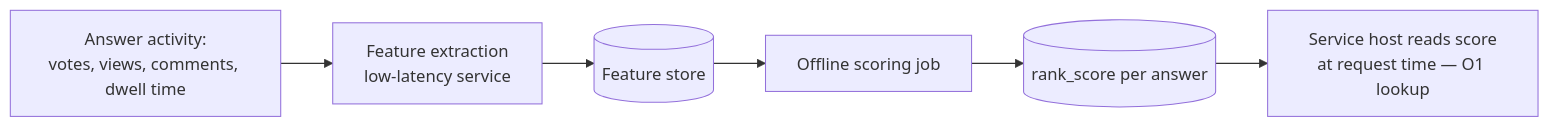
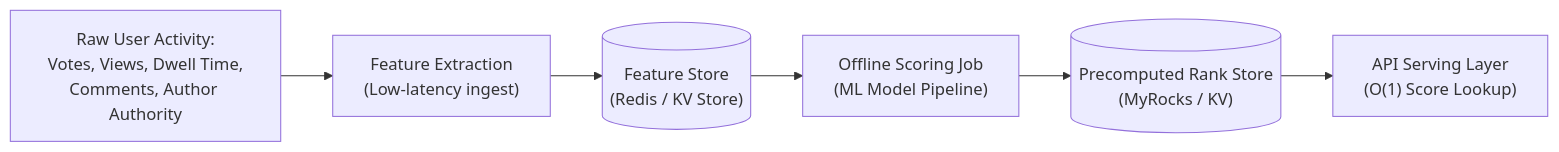
One commit to riyaz-pasha/Learnings changed the sixth of 15 diagrams in system-design/HLD/0-course/27-Design Quora-FAANG-Guide-story.md. Above: the diagram before and after it, drawn with Mermaid. The commit also changed other lines of this file and 1 other file, not shown here.

Commit message:
docs: simplify language, expand examples, and fix mermaid diagrams in Quora guide

````diff
--- a/system-design/HLD/0-course/27-Design Quora-FAANG-Guide-story.md
+++ b/system-design/HLD/0-course/27-Design Quora-FAANG-Guide-story.md
@@ -143,8 +340,8 @@
 ```mermaid
 flowchart LR
-    A[Answer activity:\nvotes, views, comments, dwell time] --> B[Feature extraction\nlow-latency service]
-    B --> C[(Feature store)]
-    C --> D[Offline scoring job]
-    D --> E[(rank_score per answer)]
-    E --> F[Service host reads score\nat request time — O1 lookup]
+    A["Raw User Activity:\nVotes, Views, Dwell Time,\nComments, Author Authority"] --> B["Feature Extraction\n(Low-latency ingest)"]
+    B --> C[("Feature Store\n(Redis / KV Store)")]
+    C --> D["Offline Scoring Job\n(ML Model Pipeline)"]
+    D --> E[("Precomputed Rank Store\n(MyRocks / KV)")]
+    E --> F["API Serving Layer\n(O(1) Score Lookup)"]
 ```
````
